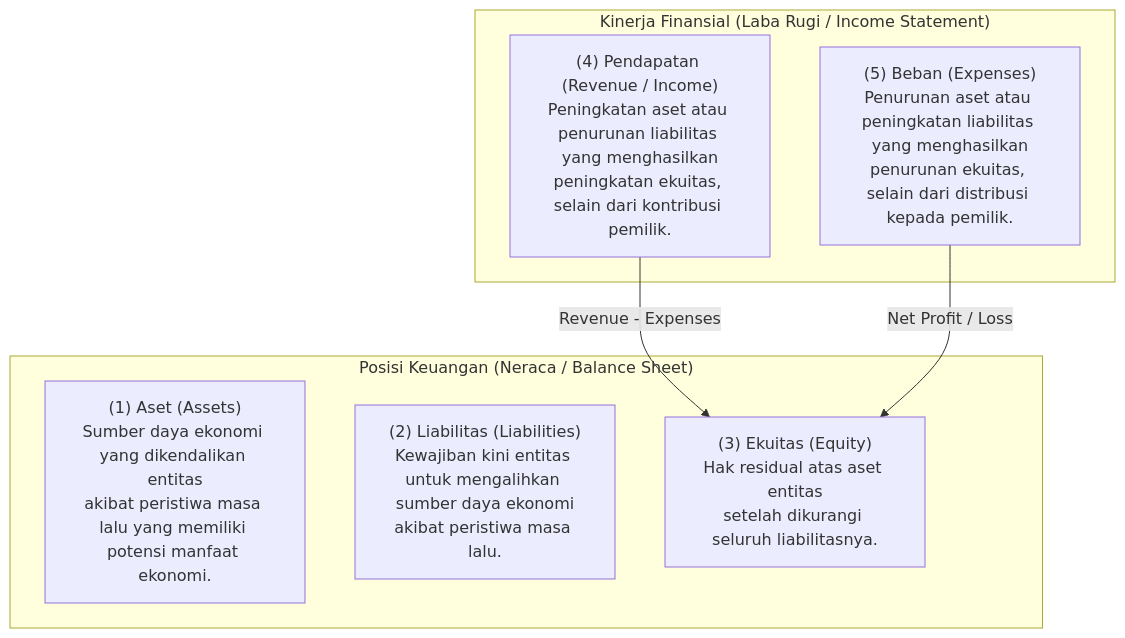
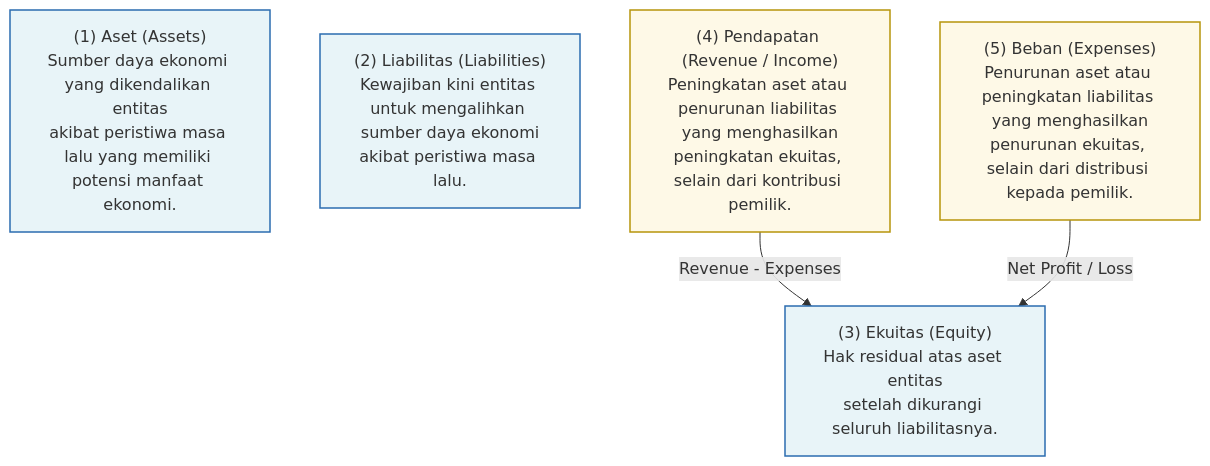
One commit to alimurrofid/erp-notes changed the first of 2 diagrams in content/02-accounting/accounting-fundamentals.md. Above: the diagram before and after it, drawn with Mermaid. The commit also changed 58 other files, not shown here.

Commit message:
fix(content):Mermaid Subgraph

````diff
--- a/content/02-accounting/accounting-fundamentals.md
+++ b/content/02-accounting/accounting-fundamentals.md
@@ -44,16 +44,18 @@
 ```mermaid
 flowchart TD
-    subgraph BalanceSheetElements["Posisi Keuangan (Neraca / Balance Sheet)"]
-        Asset["(1) Aset (Assets)<br/>Sumber daya ekonomi yang dikendalikan entitas<br/>akibat peristiwa masa lalu yang memiliki potensi manfaat ekonomi."]
-        Liab["(2) Liabilitas (Liabilities)<br/>Kewajiban kini entitas untuk mengalihkan sumber daya ekonomi<br/>akibat peristiwa masa lalu."]
-        Eq["(3) Ekuitas (Equity)<br/>Hak residual atas aset entitas<br/>setelah dikurangi seluruh liabilitasnya."]
-    end
+    Asset["(1) Aset (Assets)<br/>Sumber daya ekonomi yang dikendalikan entitas<br/>akibat peristiwa masa lalu yang memiliki potensi manfaat ekonomi."]
+    Liab["(2) Liabilitas (Liabilities)<br/>Kewajiban kini entitas untuk mengalihkan sumber daya ekonomi<br/>akibat peristiwa masa lalu."]
+    Eq["(3) Ekuitas (Equity)<br/>Hak residual atas aset entitas<br/>setelah dikurangi seluruh liabilitasnya."]
 
-    subgraph PL_Elements["Kinerja Finansial (Laba Rugi / Income Statement)"]
-        Rev["(4) Pendapatan (Revenue / Income)<br/>Peningkatan aset atau penurunan liabilitas yang menghasilkan<br/>peningkatan ekuitas, selain dari kontribusi pemilik."]
-        Exp["(5) Beban (Expenses)<br/>Penurunan aset atau peningkatan liabilitas yang menghasilkan<br/>penurunan ekuitas, selain dari distribusi kepada pemilik."]
-    end
+    Rev["(4) Pendapatan (Revenue / Income)<br/>Peningkatan aset atau penurunan liabilitas yang menghasilkan<br/>peningkatan ekuitas, selain dari kontribusi pemilik."]
+    Exp["(5) Beban (Expenses)<br/>Penurunan aset atau peningkatan liabilitas yang menghasilkan<br/>penurunan ekuitas, selain dari distribusi kepada pemilik."]
 
     Rev -->|Revenue - Expenses| Eq
     Exp -->|Net Profit / Loss| Eq
+
+    classDef bs fill:#e8f4f8,stroke:#2b6cb0,stroke-width:1.5px;
+    classDef pl fill:#fef9e7,stroke:#b7950b,stroke-width:1.5px;
+
+    class Asset,Liab,Eq bs;
+    class Rev,Exp pl;
 ```
````
